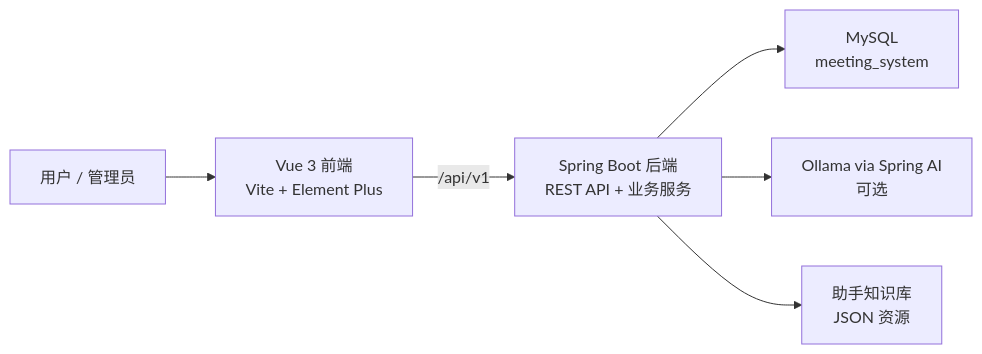
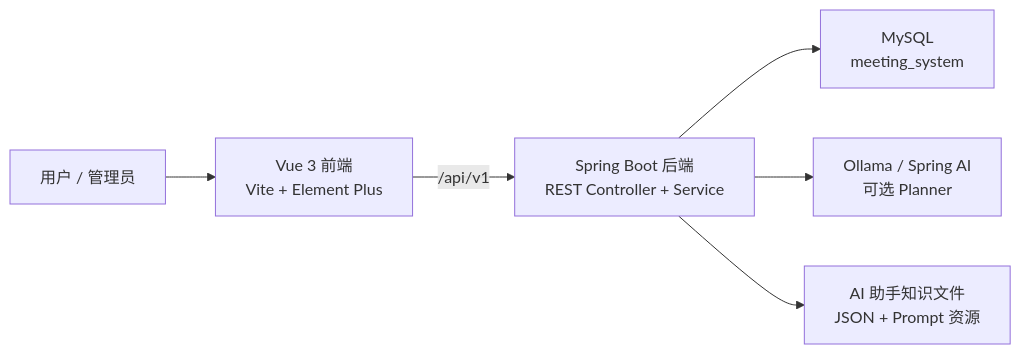
One commit to EternalStudying/meeting-room-system changed the diagram in README.zh-CN.md. Above: the diagram before and after it, drawn with Mermaid. The commit also changed other lines of this file and 20 other files, not shown here.

````diff
--- a/README.zh-CN.md
+++ b/README.zh-CN.md
@@ -49,8 +48,8 @@
 ```mermaid
 flowchart LR
   U["用户 / 管理员"] --> F["Vue 3 前端<br>Vite + Element Plus"]
-  F -->|/api/v1| B["Spring Boot 后端<br>REST API + 业务服务"]
+  F -->|/api/v1| B["Spring Boot 后端<br>REST Controller + Service"]
   B --> DB["MySQL<br>meeting_system"]
-  B --> AI["Ollama via Spring AI<br>可选"]
-  B --> RAG["助手知识库<br>JSON 资源"]
+  B --> AI["Ollama / Spring AI<br>可选 Planner"]
+  B --> KB["AI 助手知识文件<br>JSON + Prompt 资源"]
 ```
````
